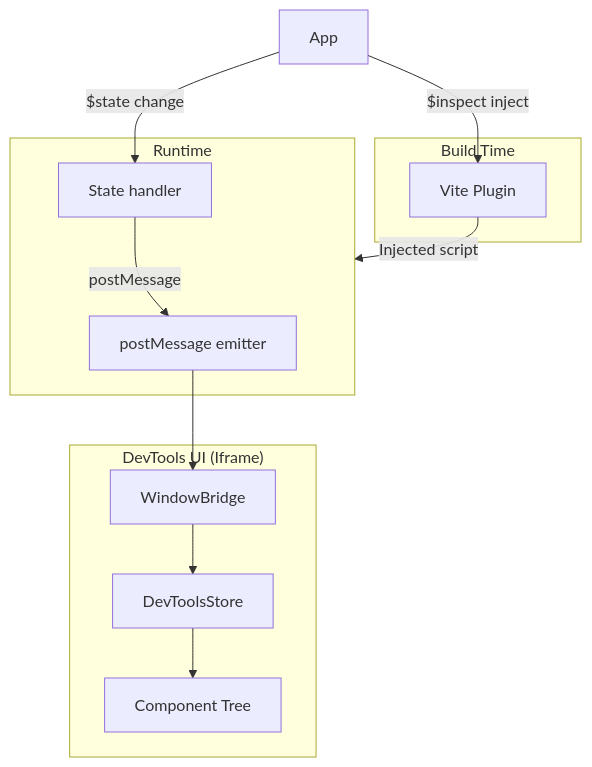
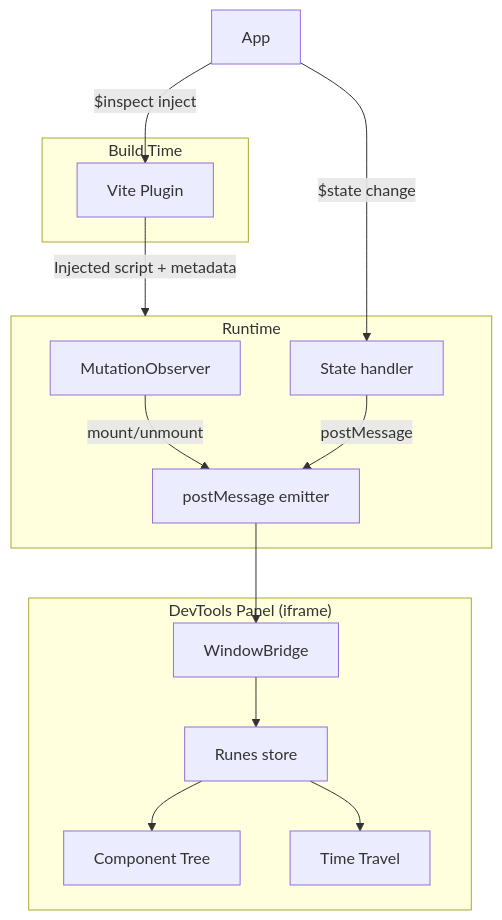
One commit to fsodano/svelte-devtools changed the diagram in docs/00_index.md. Above: the diagram before and after it, drawn with Mermaid. The commit also changed other lines of this file and 26 other files, not shown here.

````diff
--- a/docs/00_index.md
+++ b/docs/00_index.md
@@ -22,25 +27,29 @@
 ```mermaid
 flowchart TB
     subgraph Build["Build Time"]
         VP["Vite Plugin"]
     end
 
     subgraph Runtime["Runtime"]
+        MO["MutationObserver"]
         PM["postMessage emitter"]
         RS["State handler"]
     end
 
-    subgraph UI["DevTools UI (Iframe)"]
+    subgraph UI["DevTools Panel (iframe)"]
         WB["WindowBridge"]
-        Store["DevToolsStore"]
+        Store["Runes store"]
         CT["Component Tree"]
+        TT["Time Travel"]
     end
 
     App -->|"$inspect inject"| VP
-    VP -->|"Injected script"| Runtime
+    VP -->|"Injected script + metadata"| Runtime
     App -->|"$state change"| RS
+    MO -->|"mount/unmount"| PM
     RS -->|"postMessage"| PM
     PM --> WB
     WB --> Store
     Store --> CT
+    Store --> TT
 ```
````
